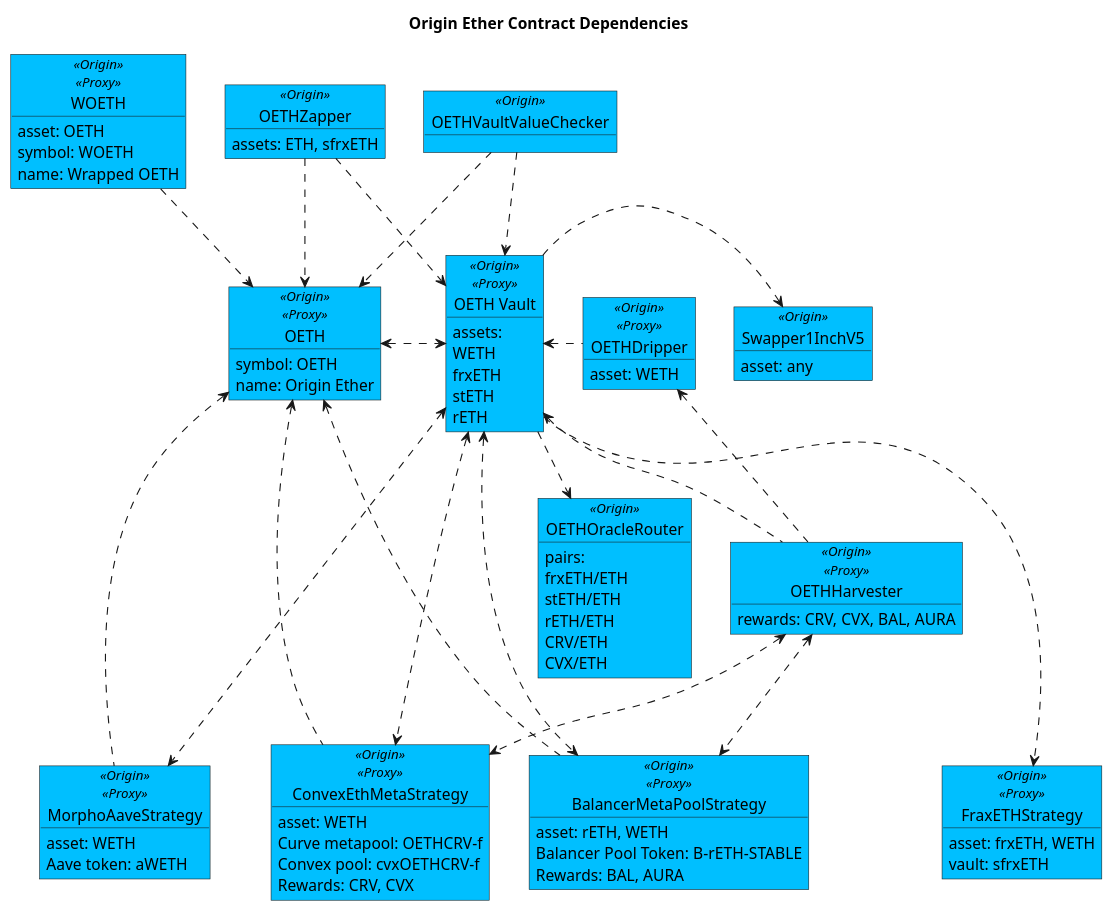
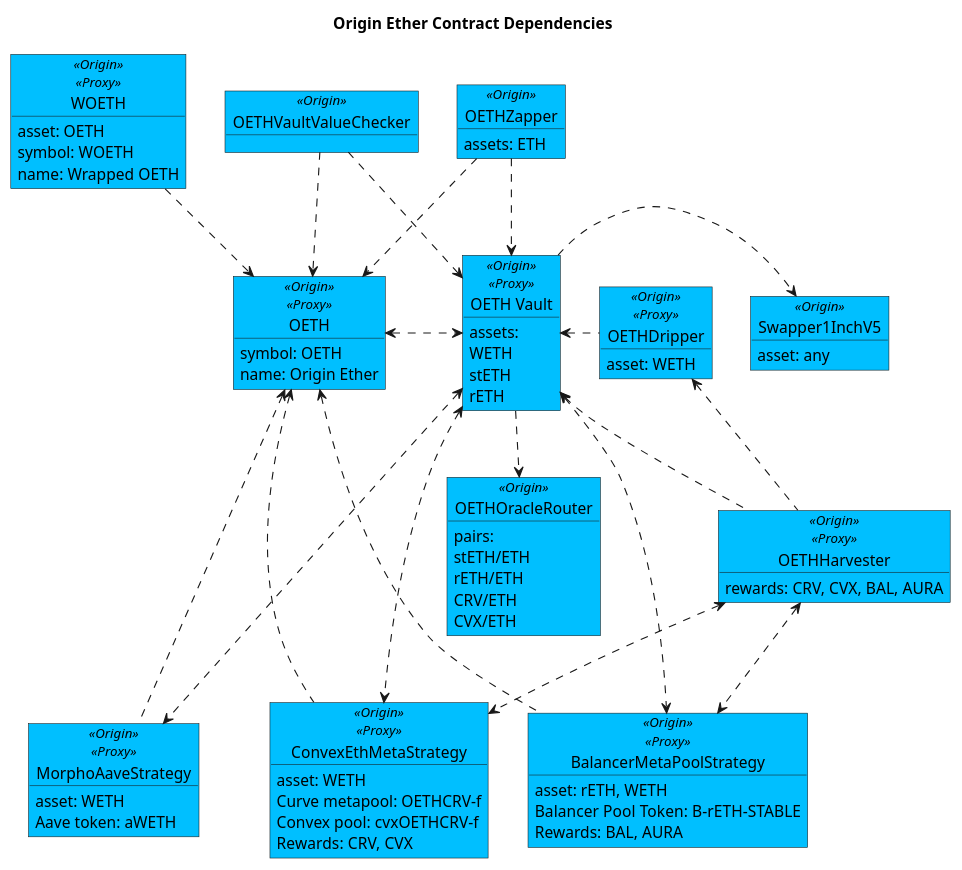
Before and after one commit to OriginProtocol/origin-dollar: the diagram in contracts/docs/plantuml/oethContracts.puml, drawn with PlantUML. The commit also changed 3 other files, not shown here.

Commit message:
Updated OETH contract Oracle diagrams

```diff
--- a/contracts/docs/plantuml/oethContracts.puml
+++ b/contracts/docs/plantuml/oethContracts.puml
@@ -3,7 +3,7 @@
 title "Origin Ether Contract Dependencies"
 
 object "OETHZapper" as zap <<Origin>> #DeepSkyBlue {
-    assets: ETH, sfrxETH
+    assets: ETH
 }
 
 object "OETHDripper" as drip <<Origin>><<Proxy>> #DeepSkyBlue {
@@ -27,7 +27,7 @@
 object "OETH Vault" as oethv <<Origin>><<Proxy>> #DeepSkyBlue {
 assets:
   WETH
-  frxETH
+'   frxETH
   stETH
   rETH
 }
@@ -41,10 +41,10 @@
 }
 
 ' Strategies
-object "FraxETHStrategy" as frxethstrat <<Origin>><<Proxy>> #DeepSkyBlue {
-    asset: frxETH, WETH
-    vault: sfrxETH
-}
+' object "FraxETHStrategy" as frxethstrat <<Origin>><<Proxy>> #DeepSkyBlue {
+'     asset: frxETH, WETH
+'     vault: sfrxETH
+' }
 object "ConvexEthMetaStrategy" as cvxStrat <<Origin>><<Proxy>> #DeepSkyBlue {
     asset: WETH
     Curve metapool: OETHCRV-f
@@ -65,7 +65,7 @@
 ' Oracle
 object "OETHOracleRouter" as oracle <<Origin>> #DeepSkyBlue {
 pairs:
-    frxETH/ETH
+    ' frxETH/ETH
     stETH/ETH
     rETH/ETH
     CRV/ETH
@@ -182,7 +182,7 @@
 
 
 ' Staked FRAX ETH Strategy
-oethv ...> frxethstrat
+' oethv ...> frxethstrat
 ' frxethstrat ..> sfrxeth
 
 ' Convex ETH Metapool Strategy
```
